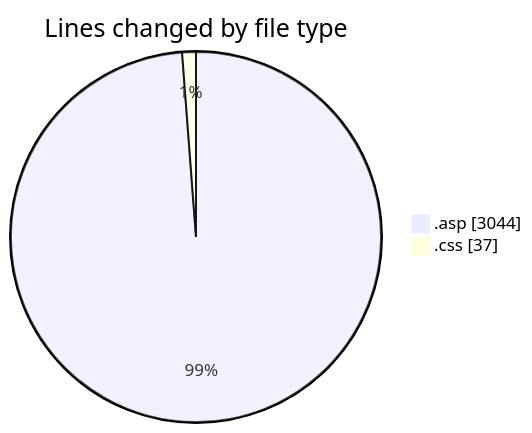
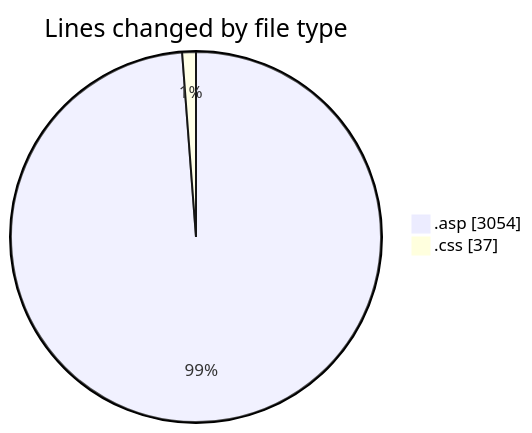
The first of 2 diagrams in 2025-11-02/cdp_aleoudev_fr__workspace_/README.md (julien-gomy/code-tracking), drawn with Mermaid before and after one commit. The commit also changed other lines of this file and 1 other file, not shown here.

````diff
--- a/2025-11-02/cdp_aleoudev_fr__workspace_/README.md
+++ b/2025-11-02/cdp_aleoudev_fr__workspace_/README.md
@@ -23,6 +23,6 @@
 ```mermaid
 pie showData
 title Lines changed by file type
-".asp" : 3044
+".asp" : 3054
 ".css" : 37
 ```
````
